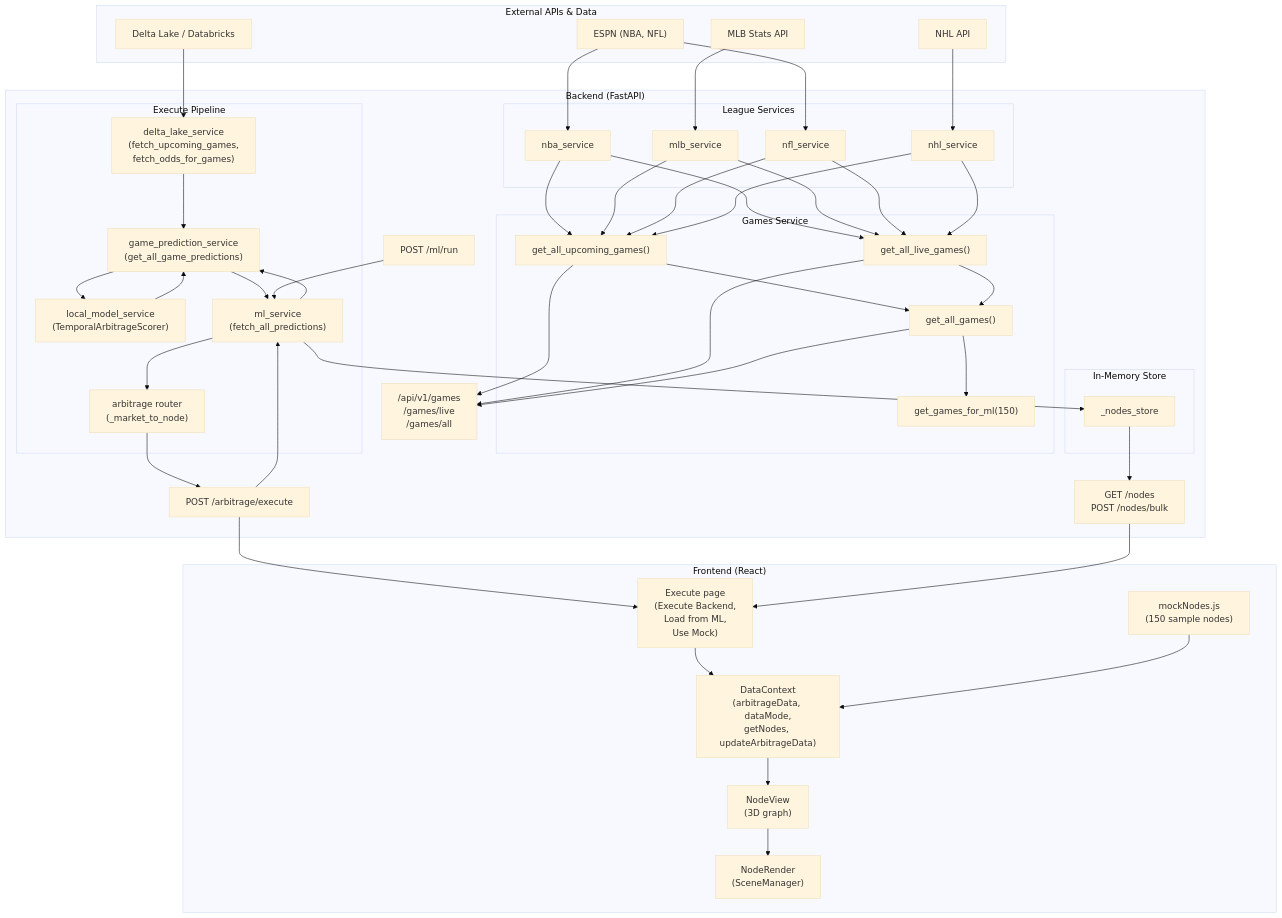
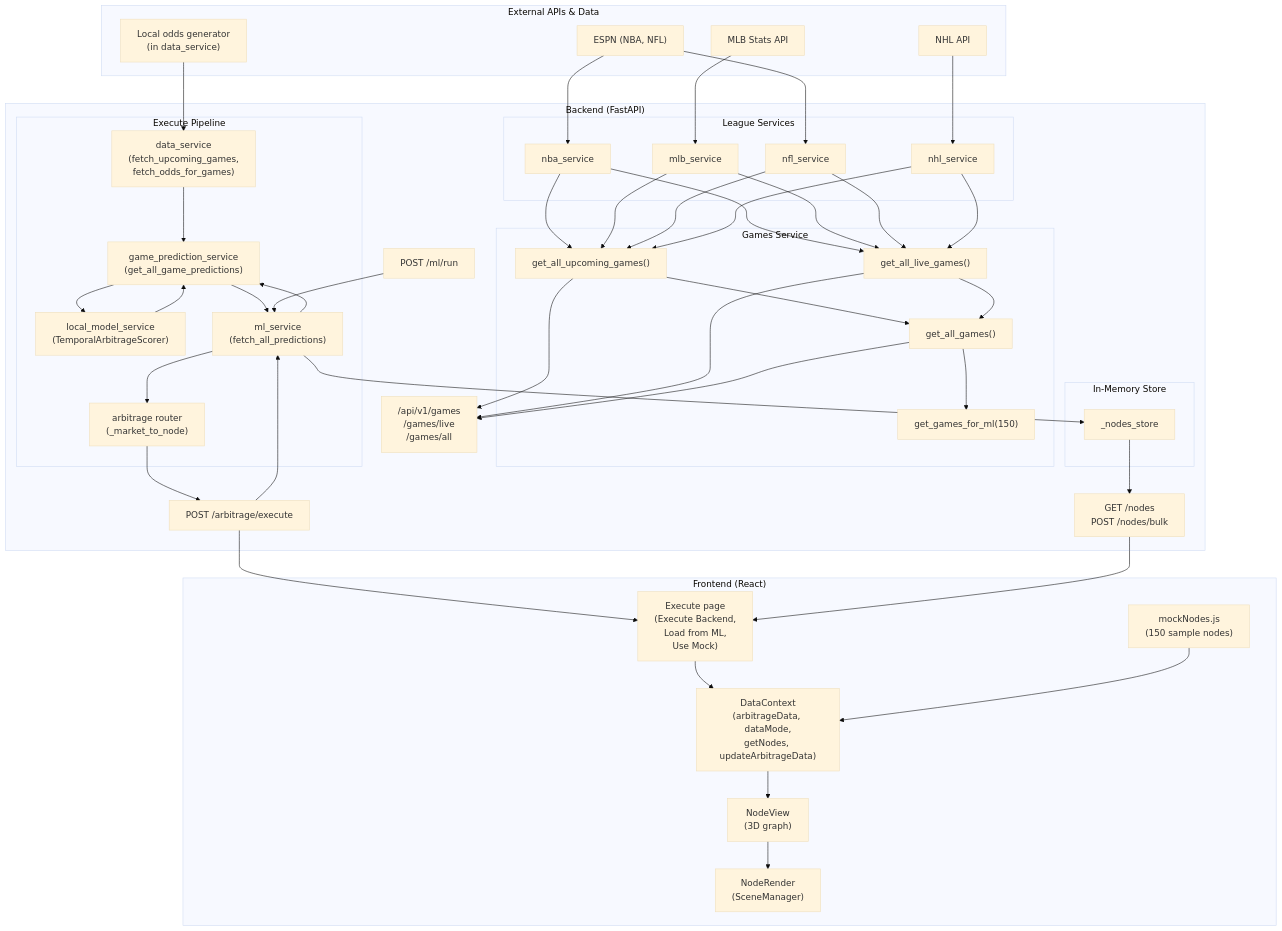
Before and after one commit to Kurtis24/Hackalytics_Repo: the diagram in DATAFLOW.md, drawn with Mermaid (base theme). The commit also changed other lines of this file and 4 other files, not shown here.

```diff
--- a/DATAFLOW.md
+++ b/DATAFLOW.md
@@ -7,7 +7,7 @@
         ESPN["ESPN (NBA, NFL)"]
         MLB["MLB Stats API"]
         NHL["NHL API"]
-        Delta["Delta Lake / Databricks"]
+        LocalOdds["Local odds generator\n(in data_service)"]
     end
 
     subgraph Backend["Backend (FastAPI)"]
@@ -26,7 +26,7 @@
         end
 
         subgraph Pipeline["Execute Pipeline"]
-            DeltaSv["delta_lake_service\n(fetch_upcoming_games,\nfetch_odds_for_games)"]
+            DeltaSv["data_service\n(fetch_upcoming_games,\nfetch_odds_for_games)"]
             GamePred["game_prediction_service\n(get_all_game_predictions)"]
             LocalML["local_model_service\n(TemporalArbitrageScorer)"]
             MLService["ml_service\n(fetch_all_predictions)"]
@@ -73,7 +73,7 @@
     GS_Live --> Routers
     GS_All --> Routers
 
-    Delta --> DeltaSv
+    LocalOdds --> DeltaSv
     DeltaSv --> GamePred
     GamePred --> LocalML
     LocalML --> GamePred
```
